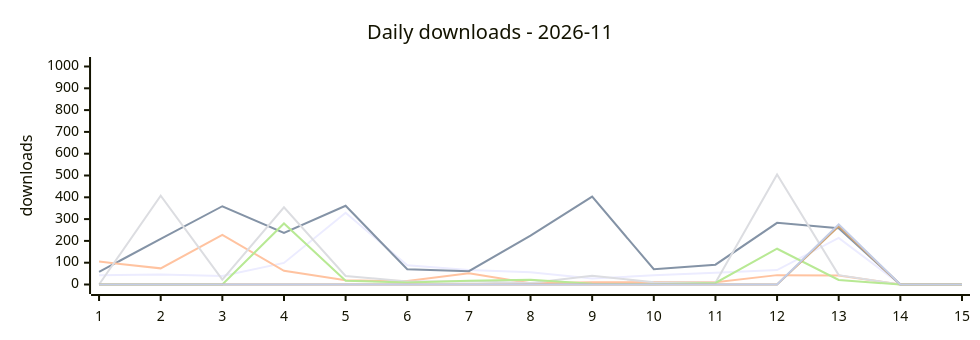
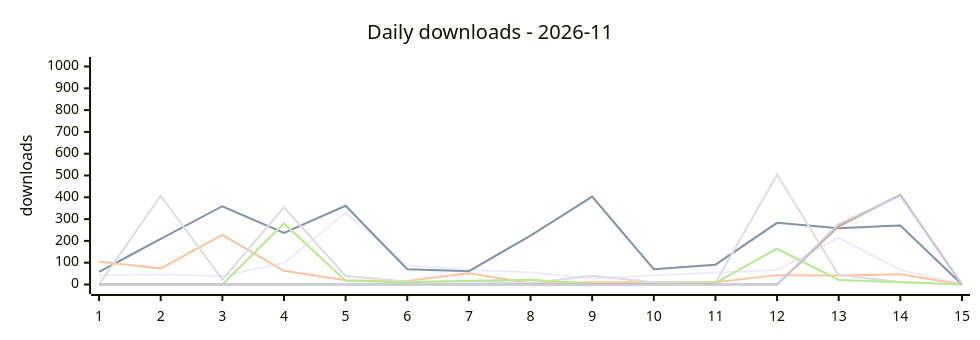
Before and after one commit to terry2010/npm-downloads-tracker: the first of 2 diagrams in DASHBOARD.md, drawn with Mermaid. The commit also changed other lines of this file and 1 other file, not shown here.

````diff
--- a/DASHBOARD.md
+++ b/DASHBOARD.md
@@ -31,14 +31,14 @@
 ```mermaid
 %%{init: {'xyChart': {'width': 960, 'height': 320}}}%%
 xychart-beta
     title "Daily downloads - 2026-11"
     x-axis ["1", "2", "3", "4", "5", "6", "7", "8", "9", "10", "11", "12", "13", "14", "15"]
     y-axis "downloads" 0 --> 1000
-    line "dsh-loop-recover" [43, 46, 39, 99, 329, 88, 66, 56, 27, 42, 54, 66, 214, 0, 0]
-    line "dsh-rss-news-daily" [58, 209, 359, 237, 361, 70, 61, 224, 403, 70, 91, 283, 258, 0, 0]
-    line "opencode-loop-recover" [105, 74, 228, 63, 19, 16, 52, 6, 10, 11, 10, 43, 41, 0, 0]
-    line "oc-market-quail-zephyr-72a0" [0, 407, 22, 354, 39, 14, 15, 7, 40, 10, 8, 505, 43, 0, 0]
-    line "awesome-opencode-market" [0, 0, 0, 280, 17, 9, 17, 22, 4, 1, 7, 164, 21, 0, 0]
-    line "surfbird" [0, 0, 0, 0, 0, 0, 0, 0, 0, 0, 0, 0, 267, 0, 0]
-    line "surfbird-mcp" [0, 0, 0, 0, 0, 0, 0, 0, 0, 0, 0, 0, 276, 0, 0]
+    line "dsh-loop-recover" [43, 46, 39, 99, 329, 88, 66, 56, 27, 42, 54, 66, 214, 67, 0]
+    line "dsh-rss-news-daily" [58, 209, 359, 237, 361, 70, 61, 224, 403, 70, 91, 283, 258, 271, 0]
+    line "opencode-loop-recover" [105, 74, 228, 63, 19, 16, 52, 6, 10, 11, 10, 43, 41, 47, 0]
+    line "oc-market-quail-zephyr-72a0" [0, 407, 22, 354, 39, 14, 15, 7, 40, 10, 8, 505, 43, 12, 0]
+    line "awesome-opencode-market" [0, 0, 0, 280, 17, 9, 17, 22, 4, 1, 7, 164, 21, 10, 0]
+    line "surfbird" [0, 0, 0, 0, 0, 0, 0, 0, 0, 0, 0, 0, 267, 412, 0]
+    line "surfbird-mcp" [0, 0, 0, 0, 0, 0, 0, 0, 0, 0, 0, 0, 276, 408, 0]
 ```
````
